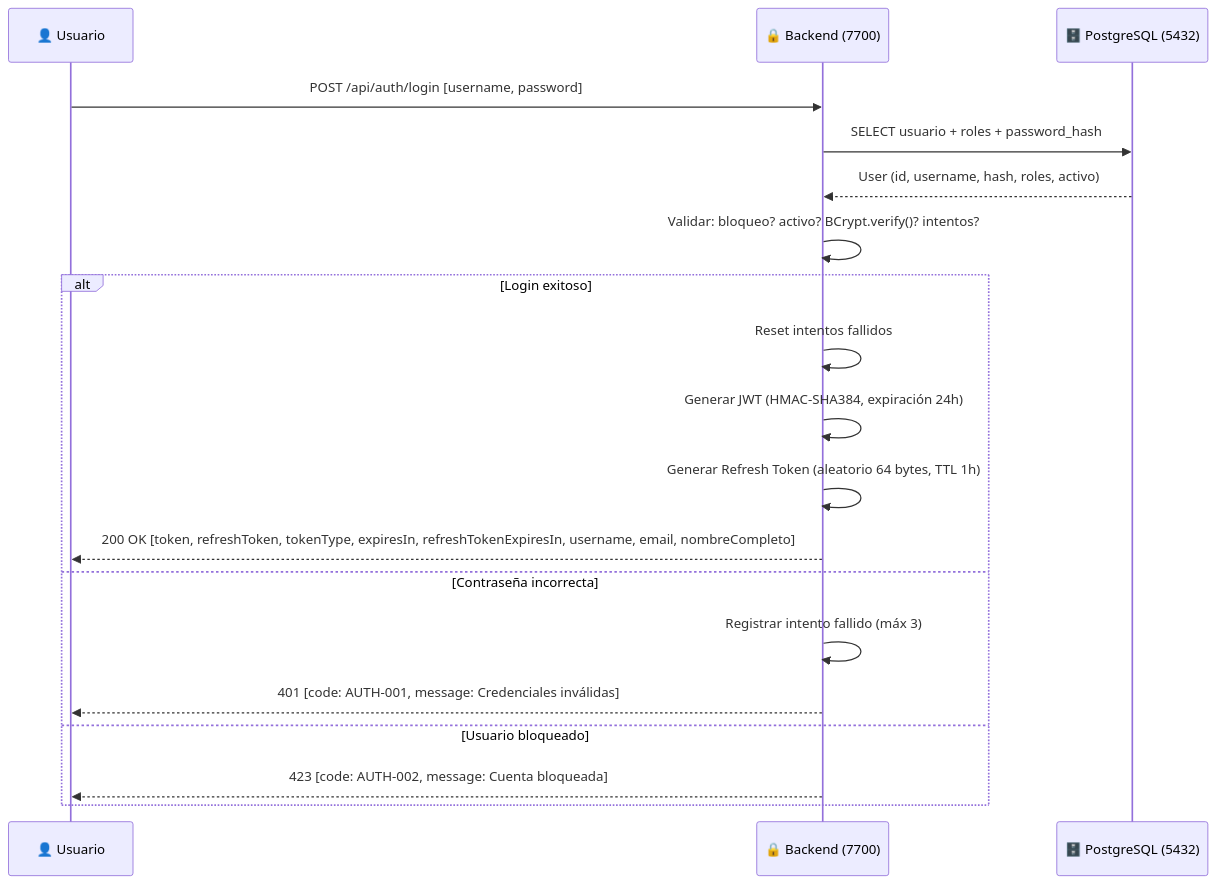
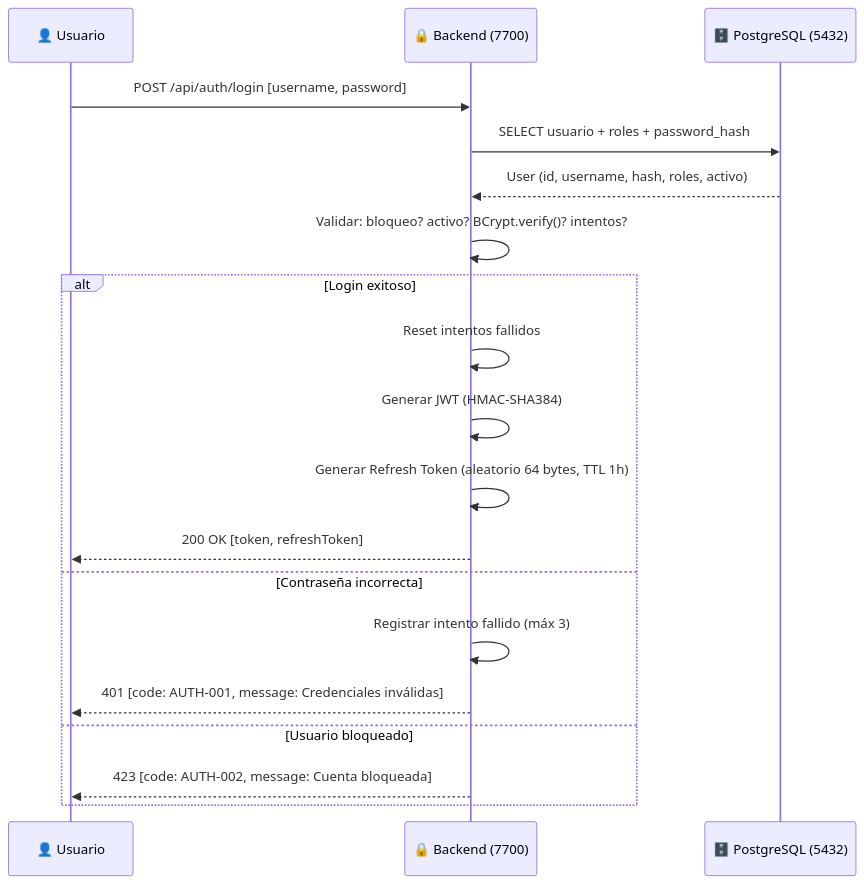
Before and after one commit to 42mrnobody42-alt/investment-tracker: the fourth of 18 diagrams in README.md, drawn with Mermaid. The commit also changed other lines of this file and 22 other files, not shown here.

````diff
--- a/README.md
+++ b/README.md
@@ -464,22 +521,22 @@
 ```mermaid
 sequenceDiagram
     participant U as 👤 Usuario
     participant B as 🔒 Backend (7700)
     participant DB as 🗄️ PostgreSQL (5432)
 
     U->>B: POST /api/auth/login [username, password]
     B->>DB: SELECT usuario + roles + password_hash
     DB-->>B: User (id, username, hash, roles, activo)
     B->>B: Validar: bloqueo? activo? BCrypt.verify()? intentos?
     alt Login exitoso
         B->>B: Reset intentos fallidos
-        B->>B: Generar JWT (HMAC-SHA384, expiración 24h)
+        B->>B: Generar JWT (HMAC-SHA384)
         B->>B: Generar Refresh Token (aleatorio 64 bytes, TTL 1h)
-        B-->>U: 200 OK [token, refreshToken, tokenType, expiresIn, refreshTokenExpiresIn, username, email, nombreCompleto]
+        B-->>U: 200 OK [token, refreshToken]
     else Contraseña incorrecta
         B->>B: Registrar intento fallido (máx 3)
         B-->>U: 401 [code: AUTH-001, message: Credenciales inválidas]
     else Usuario bloqueado
         B-->>U: 423 [code: AUTH-002, message: Cuenta bloqueada]
     end
 ```
````
